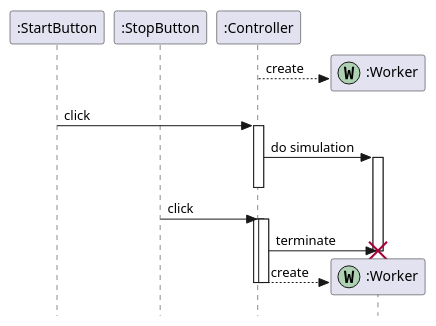
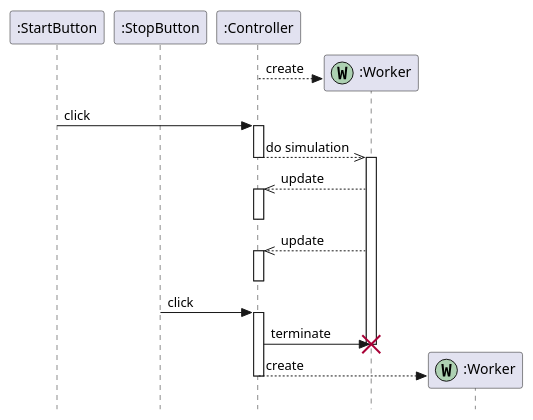
One commit to fuhrmanator/melee-sim-ts changed the diagram in src/worker_messaging.puml. Above: the diagram before and after it, drawn with PlantUML.

Commit message:
better diagram

```diff
--- a/src/worker_messaging.puml
+++ b/src/worker_messaging.puml
@@ -1,20 +1,35 @@
 @startuml WorkerMessaging
 skinparam Style strictuml
 participant start as ":StartButton"
 participant stop as ":StopButton"
 participant controller as ":Controller" 
 participant worker as ":Worker" <<(W,#ADD1B2)>>
-autoactivate on
+participant worker2 as ":Worker" <<(W,#ADD1B2)>>
 
-create worker
-controller --> worker : create
+'create worker
+controller --> worker ** : create
 start -> controller : click
-controller -> worker : do simulation
+activate controller
+controller -->> worker : do simulation
 deactivate controller
+activate worker
+deactivate controller
+
+worker -->> controller : update
+activate controller
+deactivate controller
+
+worker -->> controller : update
+activate controller
+deactivate controller
+
 stop -> controller : click
 activate controller
 controller -> worker !! : terminate
-create worker
-controller --> worker : create
+
+create worker2
+controller --> worker2 : create
+
+deactivate controller
 
 @enduml
```
